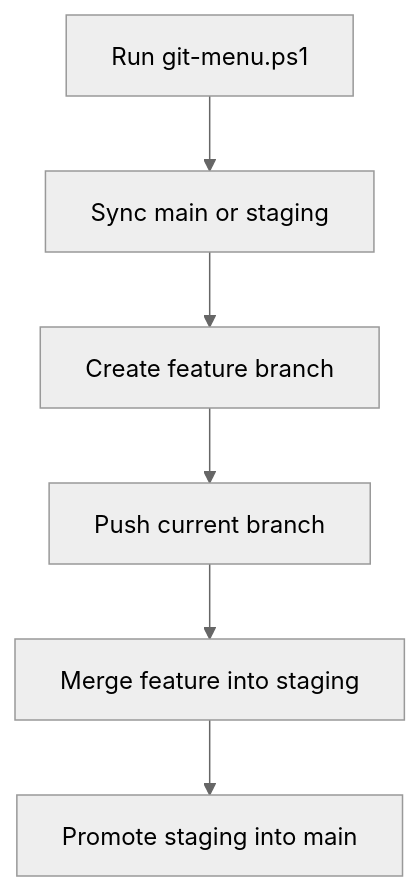
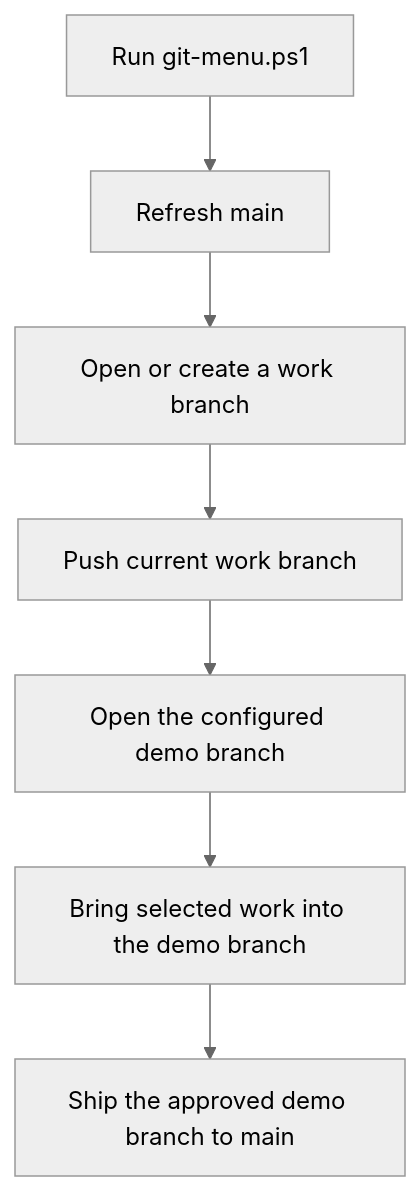
The fourth of 4 diagrams in docs/GIT_VISUAL_MAP.md (swinneyj/soc-plaform), drawn with Mermaid (neutral theme) before and after one commit. The commit also changed other lines of this file and 1 other file, not shown here.

````diff
--- a/docs/GIT_VISUAL_MAP.md
+++ b/docs/GIT_VISUAL_MAP.md
@@ -66,8 +72,9 @@
 ```mermaid
 flowchart TD
-    A[Run git-menu.ps1] --> B[Sync main or staging]
-    B --> C[Create feature branch]
-    C --> D[Push current branch]
-    D --> E[Merge feature into staging]
-    E --> F[Promote staging into main]
+    A[Run git-menu.ps1] --> B[Refresh main]
+    B --> C[Open or create a work branch]
+    C --> D[Push current work branch]
+    D --> E[Open the configured demo branch]
+    E --> F[Bring selected work into the demo branch]
+    F --> G[Ship the approved demo branch to main]
 ```
````
